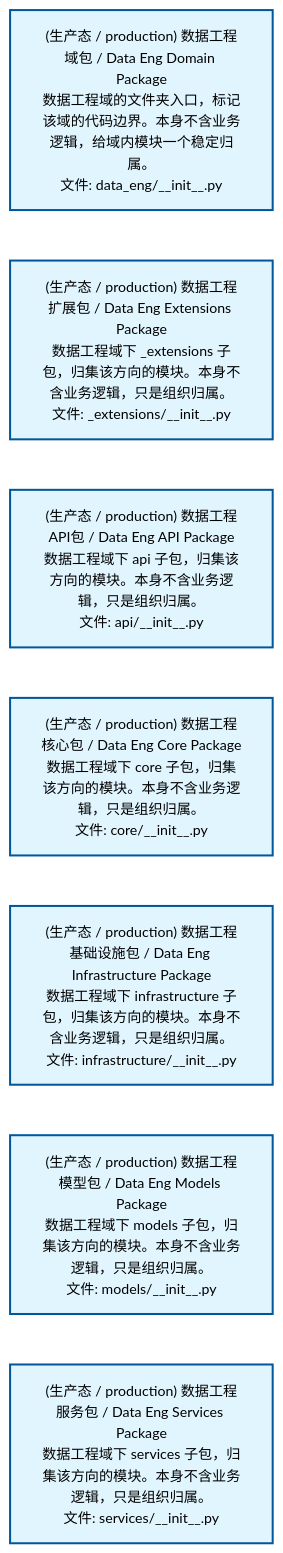
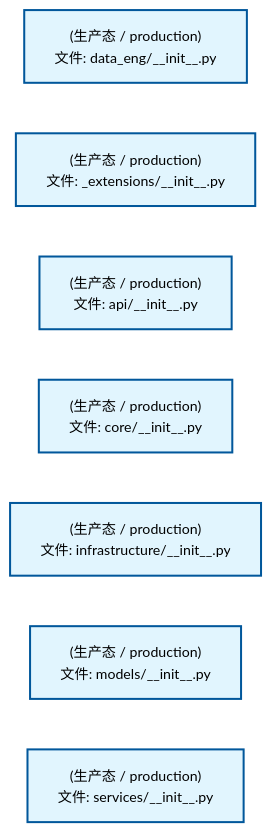
The first of 3 diagrams in docs/02_enterprise_architecture/02_domain_architecture_docs/12_d_data_eng.md (xuanFelixVan/ZephyrAlpha), drawn with Mermaid before and after one commit. The commit also changed other lines of this file and 75 other files, not shown here.

````diff
--- a/docs/02_enterprise_architecture/02_domain_architecture_docs/12_d_data_eng.md
+++ b/docs/02_enterprise_architecture/02_domain_architecture_docs/12_d_data_eng.md
@@ -53,22 +53,22 @@
 ```mermaid
 %%{init: {'theme': 'base', 'themeVariables': {'primaryColor': '#eaeaea', 'primaryTextColor': '#333333', 'primaryBorderColor': '#666666', 'lineColor': '#666666', 'secondaryColor': '#eaeaea', 'tertiaryColor': '#eaeaea', 'fontSize': '14px'}}}%%
 flowchart TD
-    src_zephyr_data_eng_init_py["(生产态 / production) 数据工程域包 / Data Eng Domain Package<br/>数据工程域的文件夹入口，标记该域的代码边界。本身不含业务逻辑，给域内模块一个稳定归属。<br/>文件: data_eng/__init__.py"]
-    src_zephyr_data_eng_extensions_init_py["(生产态 / production) 数据工程扩展包 / Data Eng Extensions Package<br/>数据工程域下 _extensions 子包，归集该方向的模块。本身不含业务逻辑，只是组织归属。<br/>文件: _extensions/__init__.py"]
-    src_zephyr_data_eng_api_init_py["(生产态 / production) 数据工程API包 / Data Eng API Package<br/>数据工程域下 api 子包，归集该方向的模块。本身不含业务逻辑，只是组织归属。<br/>文件: api/__init__.py"]
-    src_zephyr_data_eng_core_init_py["(生产态 / production) 数据工程核心包 / Data Eng Core Package<br/>数据工程域下 core 子包，归集该方向的模块。本身不含业务逻辑，只是组织归属。<br/>文件: core/__init__.py"]
-    src_zephyr_data_eng_infrastructure_init_py["(生产态 / production) 数据工程基础设施包 / Data Eng Infrastructure Package<br/>数据工程域下 infrastructure 子包，归集该方向的模块。本身不含业务逻辑，只是组织归属。<br/>文件: infrastructure/__init__.py"]
-    src_zephyr_data_eng_models_init_py["(生产态 / production) 数据工程模型包 / Data Eng Models Package<br/>数据工程域下 models 子包，归集该方向的模块。本身不含业务逻辑，只是组织归属。<br/>文件: models/__init__.py"]
-    src_zephyr_data_eng_services_init_py["(生产态 / production) 数据工程服务包 / Data Eng Services Package<br/>数据工程域下 services 子包，归集该方向的模块。本身不含业务逻辑，只是组织归属。<br/>文件: services/__init__.py"]
+    src_zephyr_data_eng_init_py["(生产态 / production)<br/>文件: data_eng/__init__.py"]
+    src_zephyr_data_eng_extensions_init_py["(生产态 / production)<br/>文件: _extensions/__init__.py"]
+    src_zephyr_data_eng_api_init_py["(生产态 / production)<br/>文件: api/__init__.py"]
+    src_zephyr_data_eng_core_init_py["(生产态 / production)<br/>文件: core/__init__.py"]
+    src_zephyr_data_eng_infrastructure_init_py["(生产态 / production)<br/>文件: infrastructure/__init__.py"]
+    src_zephyr_data_eng_models_init_py["(生产态 / production)<br/>文件: models/__init__.py"]
+    src_zephyr_data_eng_services_init_py["(生产态 / production)<br/>文件: services/__init__.py"]
     src_zephyr_data_eng_init_py ~~~ src_zephyr_data_eng_extensions_init_py
     src_zephyr_data_eng_extensions_init_py ~~~ src_zephyr_data_eng_api_init_py
     src_zephyr_data_eng_api_init_py ~~~ src_zephyr_data_eng_core_init_py
     src_zephyr_data_eng_core_init_py ~~~ src_zephyr_data_eng_infrastructure_init_py
     src_zephyr_data_eng_infrastructure_init_py ~~~ src_zephyr_data_eng_models_init_py
     src_zephyr_data_eng_models_init_py ~~~ src_zephyr_data_eng_services_init_py
     classDef production fill:#e1f5fe,stroke:#01579b,stroke-width:2px,color:#000
     classDef design fill:#fff3e0,stroke:#e65100,stroke-width:2px,color:#000,stroke-dasharray: 5 5
     classDef external_prod fill:#e8f4fd,stroke:#0277bd,stroke-width:1px,color:#000
     classDef external_design fill:#fff8e7,stroke:#ef6c00,stroke-width:1px,color:#000,stroke-dasharray: 5 5
     class src_zephyr_data_eng_init_py,src_zephyr_data_eng_extensions_init_py,src_zephyr_data_eng_api_init_py,src_zephyr_data_eng_core_init_py,src_zephyr_data_eng_infrastructure_init_py,src_zephyr_data_eng_models_init_py,src_zephyr_data_eng_services_init_py production
 ```
````
